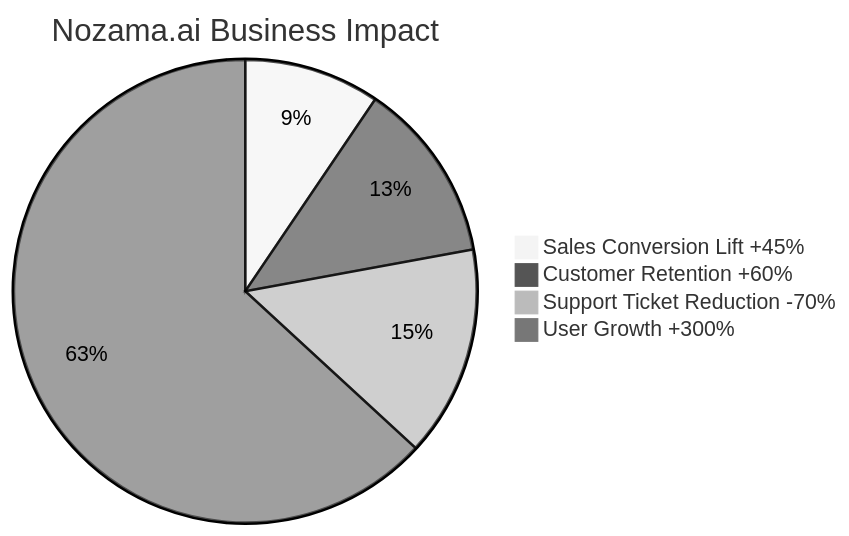
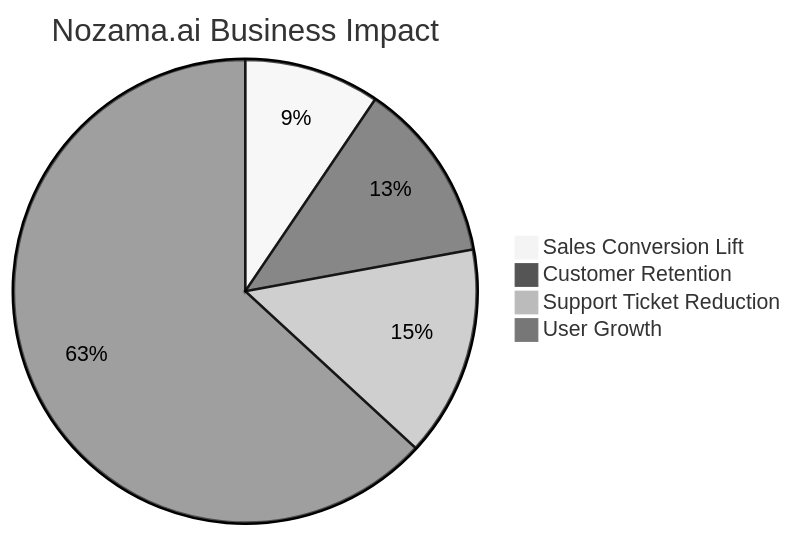
One commit to Hamza-Kahloon786/Hamza-Kahloon786 changed the fifth of 10 diagrams in README.md. Above: the diagram before and after it, drawn with Mermaid (neutral theme). The commit also changed other lines of this file and 23 other files, not shown here.

````diff
--- a/README.md
+++ b/README.md
@@ -162,7 +175,7 @@
 ```mermaid
 pie title Nozama.ai Business Impact
-    "Sales Conversion Lift +45%" : 45
-    "Customer Retention +60%" : 60
-    "Support Ticket Reduction -70%" : 70
-    "User Growth +300%" : 300
+    "Sales Conversion Lift" : 45
+    "Customer Retention" : 60
+    "Support Ticket Reduction" : 70
+    "User Growth" : 300
 ```
````
